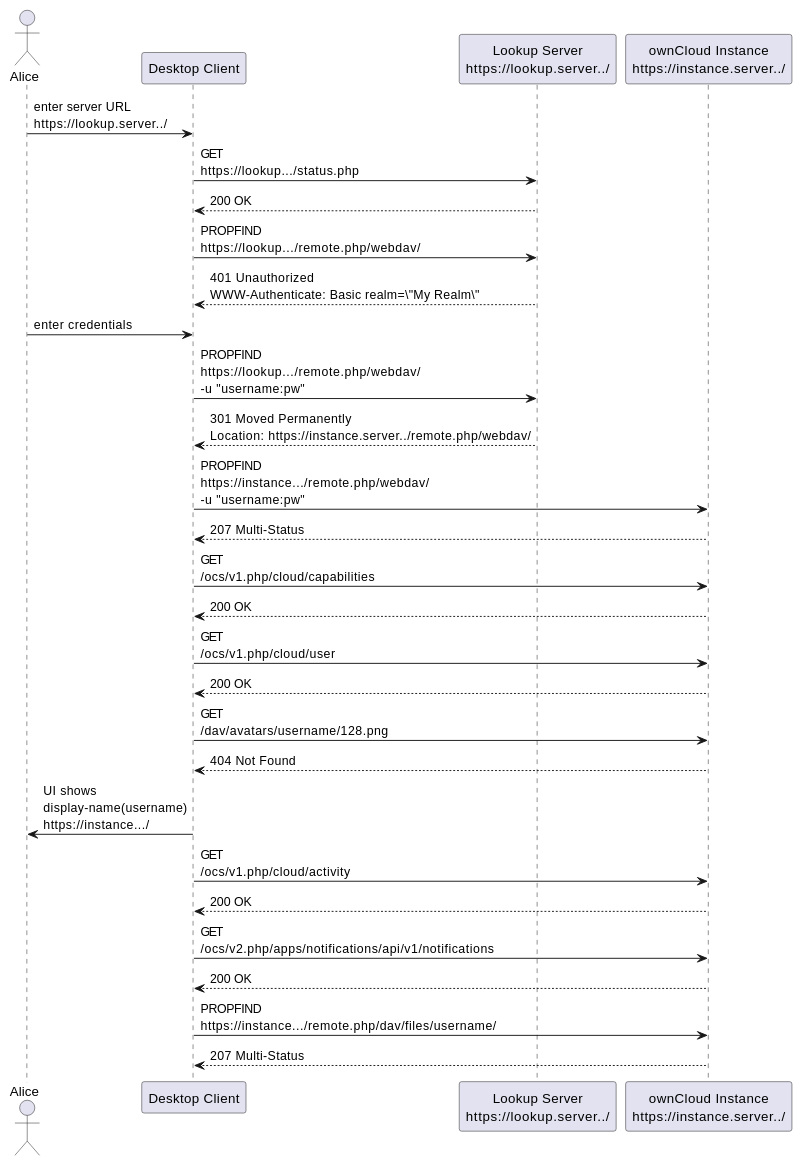
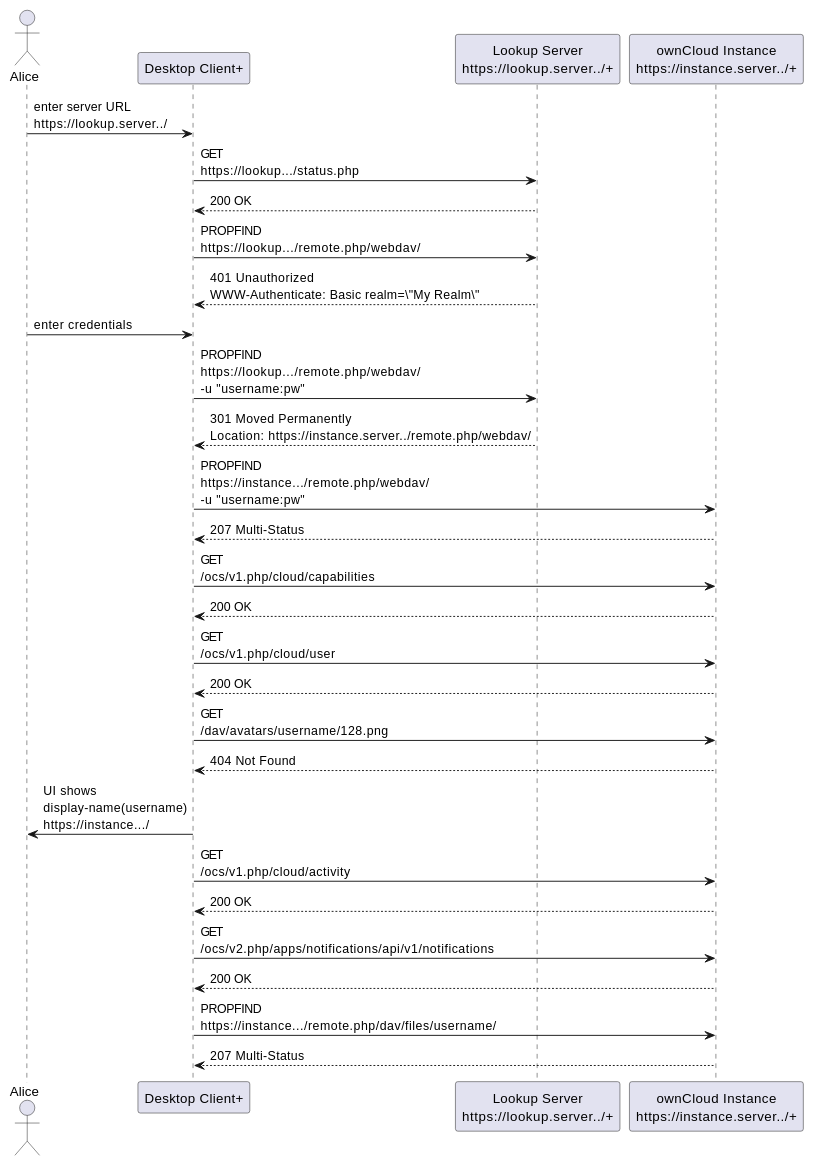
One commit to owncloud/administration changed the diagram in redirectServer/Readme.md. Above: the diagram before and after it, drawn with PlantUML. The commit also changed other lines of this file, not shown here.

````diff
--- a/redirectServer/Readme.md
+++ b/redirectServer/Readme.md
@@ -71,44 +71,44 @@
 ```plantuml
 @startuml
 actor Alice
-participant "Desktop Client"
-participant "Lookup Server\nhttps://lookup.server../"
-participant "ownCloud Instance\nhttps://instance.server../"
+participant Client as "Desktop Client+"
+participant Lookup as "Lookup Server\nhttps://lookup.server../+"
+participant Instance as "ownCloud Instance\nhttps://instance.server../+"
 
-Alice -> "Desktop Client": enter server URL\nhttps://lookup.server../
+Alice -> Client : enter server URL\nhttps://lookup.server../
 
-"Desktop Client" -> "Lookup Server\nhttps://lookup.server../": GET\nhttps://lookup.../status.php
-"Desktop Client" <-- "Lookup Server\nhttps://lookup.server../": 200 OK
+Client -> Lookup : GET\nhttps://lookup.../status.php
+Client <-- Lookup : 200 OK
 
-"Desktop Client" -> "Lookup Server\nhttps://lookup.server../": PROPFIND\nhttps://lookup.../remote.php/webdav/
-"Desktop Client" <-- "Lookup Server\nhttps://lookup.server../": 401 Unauthorized\nWWW-Authenticate: Basic realm=\"My Realm\"
+Client -> Lookup : PROPFIND\nhttps://lookup.../remote.php/webdav/
+Client <-- Lookup : 401 Unauthorized\nWWW-Authenticate: Basic realm=\"My Realm\"
 
-Alice -> "Desktop Client": enter credentials
+Alice -> Client : enter credentials
 
-"Desktop Client" -> "Lookup Server\nhttps://lookup.server../": PROPFIND\nhttps://lookup.../remote.php/webdav/\n-u "username:pw"
-"Desktop Client" <-- "Lookup Server\nhttps://lookup.server../": 301 Moved Permanently\nLocation: https://instance.server../remote.php/webdav/
+Client -> Lookup : PROPFIND\nhttps://lookup.../remote.php/webdav/\n-u "username:pw"
+Client <-- Lookup : 301 Moved Permanently\nLocation: https://instance.server../remote.php/webdav/
 
-"Desktop Client" -> "ownCloud Instance\nhttps://instance.server../": PROPFIND\nhttps://instance.../remote.php/webdav/\n-u "username:pw"
-"Desktop Client" <-- "ownCloud Instance\nhttps://instance.server../": 207 Multi-Status
+Client -> Instance : PROPFIND\nhttps://instance.../remote.php/webdav/\n-u "username:pw"
+Client <-- Instance : 207 Multi-Status
 
-"Desktop Client" -> "ownCloud Instance\nhttps://instance.server../": GET\n/ocs/v1.php/cloud/capabilities
-"Desktop Client" <-- "ownCloud Instance\nhttps://instance.server../": 200 OK
+Client -> Instance : GET\n/ocs/v1.php/cloud/capabilities
+Client <-- Instance : 200 OK
 
-"Desktop Client" -> "ownCloud Instance\nhttps://instance.server../": GET\n/ocs/v1.php/cloud/user
-"Desktop Client" <-- "ownCloud Instance\nhttps://instance.server../": 200 OK
+Client -> Instance : GET\n/ocs/v1.php/cloud/user
+Client <-- Instance : 200 OK
 
-"Desktop Client" -> "ownCloud Instance\nhttps://instance.server../": GET\n/dav/avatars/username/128.png
-"Desktop Client" <-- "ownCloud Instance\nhttps://instance.server../": 404 Not Found
+Client -> Instance : GET\n/dav/avatars/username/128.png
+Client <-- Instance : 404 Not Found
 
-"Desktop Client" -> Alice: UI shows\ndisplay-name(username)\nhttps://instance.../
+Client -> Alice : UI shows\ndisplay-name(username)\nhttps://instance.../
 
-"Desktop Client" -> "ownCloud Instance\nhttps://instance.server../": GET\n/ocs/v1.php/cloud/activity
-"Desktop Client" <-- "ownCloud Instance\nhttps://instance.server../": 200 OK
+Client -> Instance : GET\n/ocs/v1.php/cloud/activity
+Client <-- Instance : 200 OK
 
-"Desktop Client" -> "ownCloud Instance\nhttps://instance.server../": GET\n/ocs/v2.php/apps/notifications/api/v1/notifications
-"Desktop Client" <-- "ownCloud Instance\nhttps://instance.server../": 200 OK
+Client -> Instance : GET\n/ocs/v2.php/apps/notifications/api/v1/notifications
+Client <-- Instance : 200 OK
 
-"Desktop Client" -> "ownCloud Instance\nhttps://instance.server../": PROPFIND\nhttps://instance.../remote.php/dav/files/username/
-"Desktop Client" <-- "ownCloud Instance\nhttps://instance.server../": 207 Multi-Status
+Client -> Instance : PROPFIND\nhttps://instance.../remote.php/dav/files/username/
+Client <-- Instance : 207 Multi-Status
 @enduml
 ```
````
